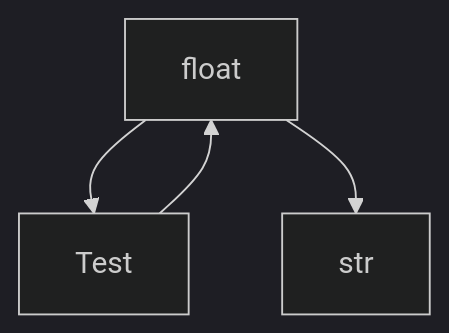
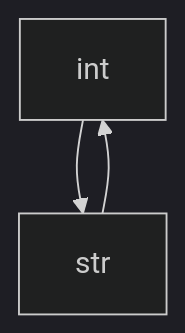
Before and after one commit to LaciaProject/typegraph: the fourth of 4 diagrams in README-zh.md, drawn with Mermaid (dark theme). The commit also changed other lines of this file and 8 other files, not shown here.

````diff
--- a/README-zh.md
+++ b/README-zh.md
@@ -362,6 +377,5 @@
 ```mermaid
 graph TD;
-float-->Test
-float-->str
-Test-->float
+    node0["int"] --> node1["str"]
+    node1["str"] --> node0["int"]
 ```
````
